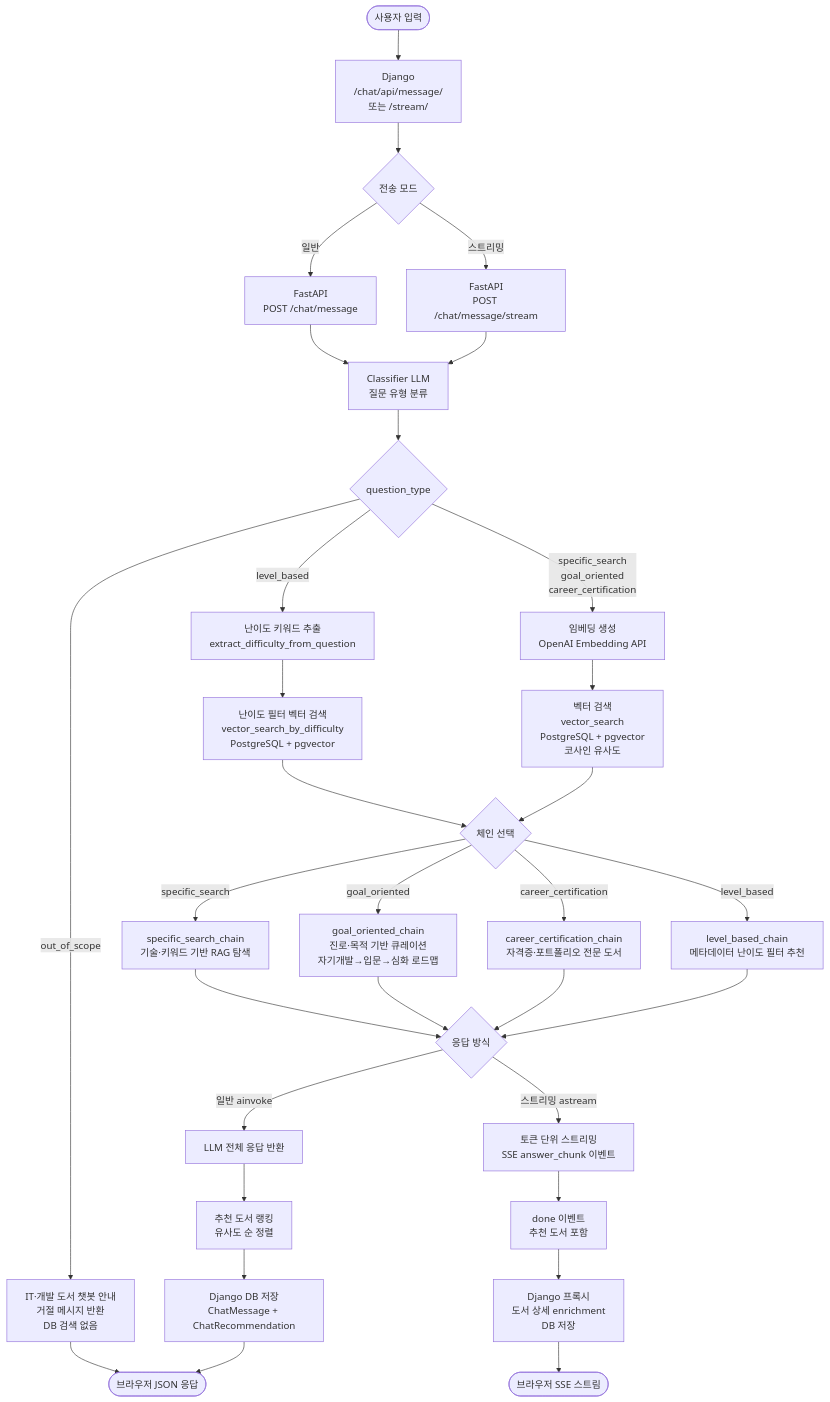
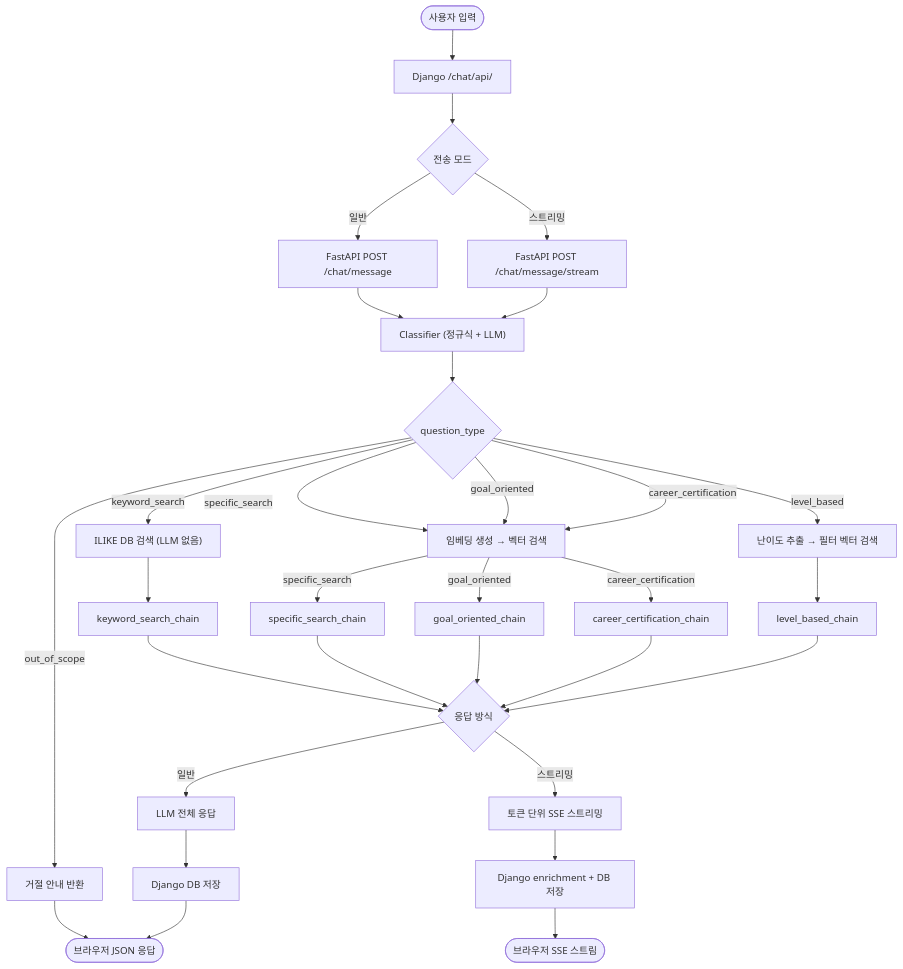
The first of 4 diagrams in docs/chain.md (khs980714/READ-ME), drawn with Mermaid before and after one commit. The commit also changed other lines of this file and 5 other files, not shown here.

First line of the commit message:
docs: 시스템 아키텍처 문서 신규 추가 및 ERD·Schema·Chain·API 현행화

````diff
--- a/docs/chain.md
+++ b/docs/chain.md
@@ -5,41 +5,33 @@
 ```mermaid
 flowchart TD
-    A([사용자 입력]) --> B[Django\n/chat/api/message/\n또는 /stream/]
+    A(["사용자 입력"]) --> B["Django /chat/api/"]
+    B --> C{"전송 모드"}
+    C -->|일반| D["FastAPI POST /chat/message"]
+    C -->|스트리밍| E["FastAPI POST /chat/message/stream"]
 
-    B --> C{전송 모드}
-    C -->|일반| D[FastAPI\nPOST /chat/message]
-    C -->|스트리밍| E[FastAPI\nPOST /chat/message/stream]
+    D & E --> F["Classifier (정규식 + LLM)"]
+    F --> G{"question_type"}
 
-    D & E --> F[Classifier LLM\n질문 유형 분류]
+    G -->|keyword_search| KW["ILIKE DB 검색 (LLM 없음)"]
+    G -->|out_of_scope| H["거절 안내 반환"]
+    G -->|level_based| I["난이도 추출 → 필터 벡터 검색"]
+    G -->|specific_search| K["임베딩 생성 → 벡터 검색"]
+    G -->|goal_oriented| K
+    G -->|career_certification| K
 
-    F --> G{question_type}
+    KW --> KW_fmt["keyword_search_chain"]
+    I --> Q["level_based_chain"]
+    K -->|specific_search| N["specific_search_chain"]
+    K -->|goal_oriented| O["goal_oriented_chain"]
+    K -->|career_certification| P["career_certification_chain"]
 
-    G -->|out_of_scope| H["IT·개발 도서 챗봇 안내\n거절 메시지 반환\nDB 검색 없음"]
+    KW_fmt & N & O & P & Q --> R{"응답 방식"}
+    R -->|일반| S["LLM 전체 응답"]
+    R -->|스트리밍| T["토큰 단위 SSE 스트리밍"]
 
-    G -->|level_based| I[난이도 키워드 추출\nextract_difficulty_from_question]
-    I --> J[난이도 필터 벡터 검색\nvector_search_by_difficulty\nPostgreSQL + pgvector]
-
-    G -->|specific_search\ngoal_oriented\ncareer_certification| K[임베딩 생성\nOpenAI Embedding API]
-    K --> L[벡터 검색\nvector_search\nPostgreSQL + pgvector\n코사인 유사도]
-
-    J & L --> M{체인 선택}
-
-    M -->|specific_search| N[specific_search_chain\n기술·키워드 기반 RAG 탐색]
-    M -->|goal_oriented| O[goal_oriented_chain\n진로·목적 기반 큐레이션\n자기개발→입문→심화 로드맵]
-    M -->|career_certification| P[career_certification_chain\n자격증·포트폴리오 전문 도서]
-    M -->|level_based| Q[level_based_chain\n메타데이터 난이도 필터 추천]
-
-    N & O & P & Q --> R{응답 방식}
-
-    R -->|일반 ainvoke| S[LLM 전체 응답 반환]
-    R -->|스트리밍 astream| T[토큰 단위 스트리밍\nSSE answer_chunk 이벤트]
-
-    S --> U[추천 도서 랭킹\n유사도 순 정렬]
-    T --> V[done 이벤트\n추천 도서 포함]
-
-    U --> W[Django DB 저장\nChatMessage + ChatRecommendation]
-    V --> X[Django 프록시\n도서 상세 enrichment\nDB 저장]
-
-    W & H --> Y([브라우저 JSON 응답])
-    X --> Z([브라우저 SSE 스트림])
+    S --> W["Django DB 저장"]
+    T --> X["Django enrichment + DB 저장"]
+    H --> Y(["브라우저 JSON 응답"])
+    W --> Y
+    X --> Z(["브라우저 SSE 스트림"])
 ```
````
